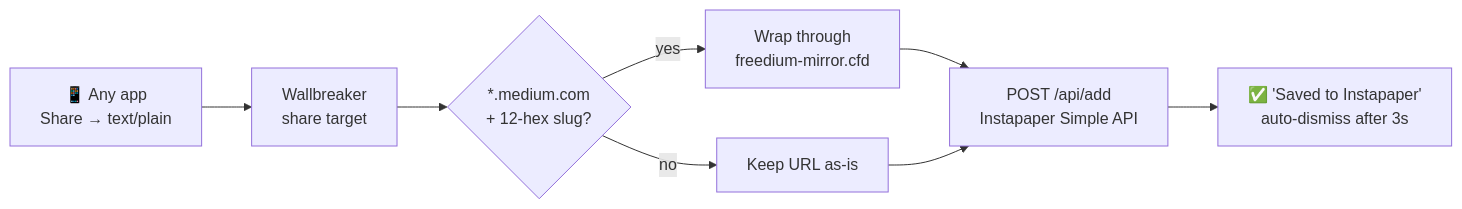
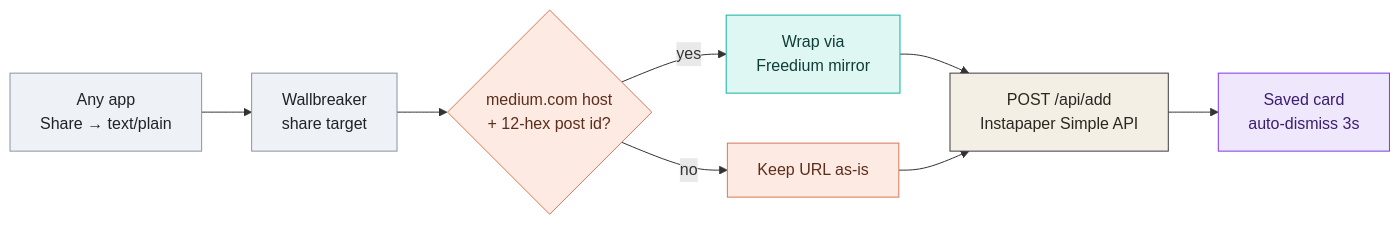
The diagram in README.md (gouthamganesan/wallbreaker), drawn with Mermaid before and after one commit.

Commit message:
docs: make the flow diagram legible in GitHub dark mode
Mermaid nodes now pin fill, stroke AND color via classDef. GitHub's dark
theme paints its own near-white label text onto any node that sets fill
without color, so light fills with unpinned text render as invisible
labels for dark-mode readers. Light fills + dark pinned text is the only
combination that reads correctly in both themes.

Palette is shared with the sibling repos so the diagrams read as one
family. Also shortened node labels and dropped decorative emoji now that
colour carries the grouping; the flow itself is unchanged.

````diff
--- a/README.md
+++ b/README.md
@@ -38,10 +38,16 @@
 ```mermaid
 flowchart LR
-    A["📱 Any app<br/>Share → text/plain"] --> B["Wallbreaker<br/>share target"]
-    B --> C{"*.medium.com<br/>+ 12-hex slug?"}
-    C -->|yes| D["Wrap through<br/>freedium-mirror.cfd"]
-    C -->|no| E["Keep URL as-is"]
-    D --> F["POST /api/add<br/>Instapaper Simple API"]
+    A["Any app<br/>Share → text/plain"]:::cap --> B["Wallbreaker<br/>share target"]:::cap
+    B --> C{"medium.com host<br/>+ 12-hex post id?"}:::sk
+    C -->|yes| D["Wrap via<br/>Freedium mirror"]:::fd
+    C -->|no| E["Keep URL as-is"]:::sk
+    D --> F["POST /api/add<br/>Instapaper Simple API"]:::ip
     E --> F
-    F --> G["✅ 'Saved to Instapaper'<br/>auto-dismiss after 3s"]
+    F --> G["Saved card<br/>auto-dismiss 3s"]:::v
+
+    classDef cap fill:#eef1f5,stroke:#8a94a6,color:#1f2328
+    classDef fd  fill:#dff7f3,stroke:#12b3a1,color:#0f3d38
+    classDef ip  fill:#f3efe4,stroke:#3d3d3d,color:#2b2620
+    classDef sk  fill:#fdeae2,stroke:#d97757,color:#5c2e1c
+    classDef v   fill:#efe8fd,stroke:#7c3aed,color:#3b1d70
 ```
````
